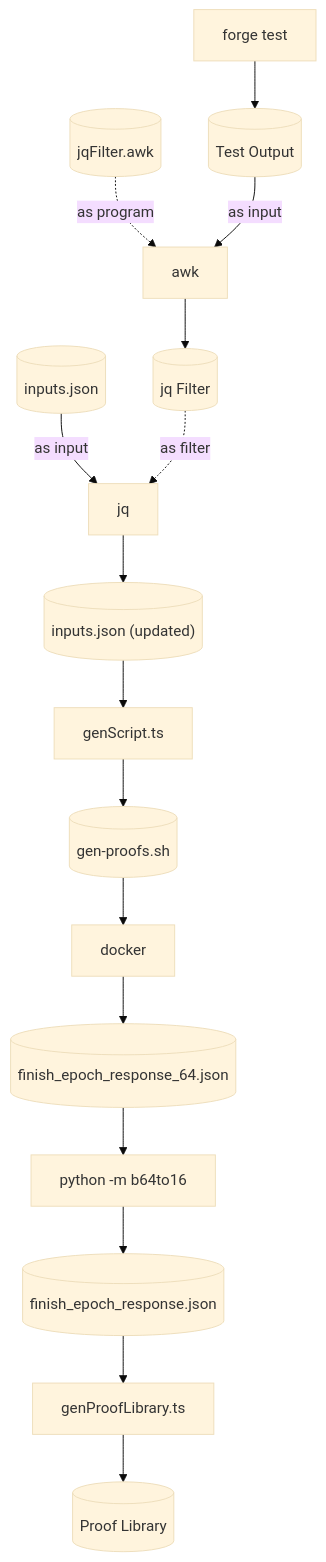
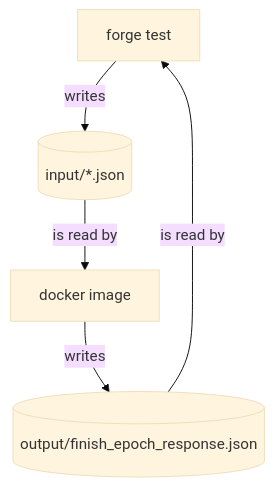
One commit to dapp-dragonxmlp09/rollups-contracts changed the diagram in onchain/rollups/test/foundry/dapp/helper/README.md. Above: the diagram before and after it, drawn with Mermaid (base theme). The commit also changed other lines of this file and 14 other files, not shown here.

````diff
--- a/onchain/rollups/test/foundry/dapp/helper/README.md
+++ b/onchain/rollups/test/foundry/dapp/helper/README.md
@@ -35,15 +31,7 @@
 ```mermaid
 graph TD
-    forge[forge test] --> testOutput[(Test Output)]
-    jqFilterProgram[(jqFilter.awk)] -. as program .-> awk
-    testOutput -- as input --> awk
-    awk --> jqFilter[(jq Filter)]
-    inputs[(inputs.json)] -- as input --> jq
-    jqFilter -. as filter .-> jq
-    jq --> updatedInputs[("inputs.json (updated)")]
-    updatedInputs --> genScript.ts --> script[(gen-proofs.sh)]
-    script --> docker --> finishEpochResponse[(finish_epoch_response_64.json)]
-    finishEpochResponse --> b64to16[python -m b64to16] --> formatedFinishEpochResponse[("finish_epoch_response.json")]
-    formatedFinishEpochResponse --> genProofLibrary.ts
-    genProofLibrary.ts --> proofLibrary[(Proof Library)]
+    forge[forge test] -- writes --> inputs[(input/*.json)]
+    inputs -- is read by --> dockerImage[docker image]
+    dockerImage[docker image] -- writes--> finishEpochResponse[(output/finish_epoch_response.json)]
+    finishEpochResponse -- is read by --> forge
 ```
````
